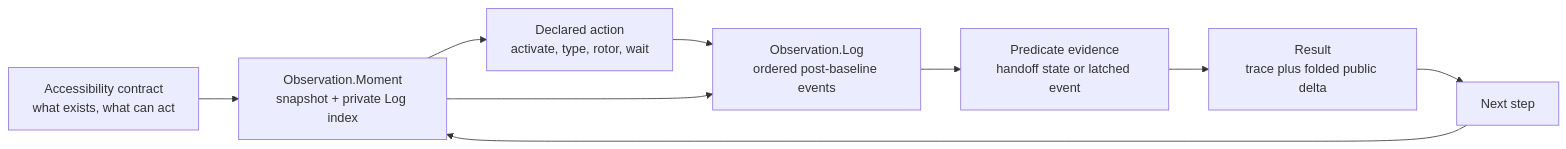
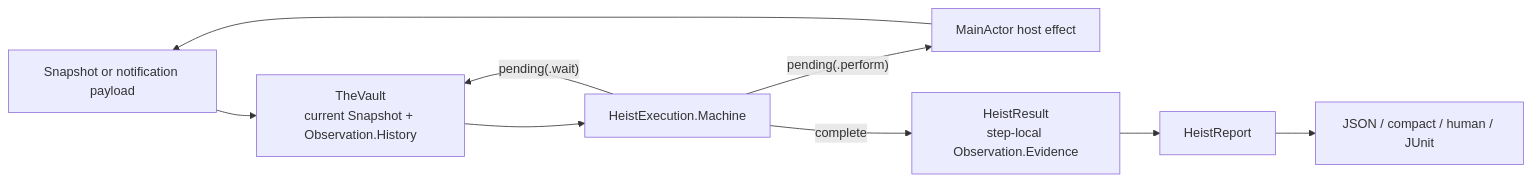
The diagram in docs/ACCESSIBILITY-CONTRACT.md (RoyalPineapple/TheButtonHeist), drawn with Mermaid before and after one commit. The commit also changed other lines of this file and 326 other files, not shown here.

Commit message:
Complete canonical observation execution migration

````diff
--- a/docs/ACCESSIBILITY-CONTRACT.md
+++ b/docs/ACCESSIBILITY-CONTRACT.md
@@ -48,19 +37,19 @@
 ```mermaid
 flowchart LR
-    Contract["Accessibility contract<br/>what exists, what can act"]
-    Before["Observation.Moment<br/>snapshot + private Log index"]
-    Action["Declared action<br/>activate, type, rotor, wait"]
-    After["Observation.Log<br/>ordered post-baseline events"]
-    Evidence["Predicate evidence<br/>handoff state or latched event"]
-    Result["Result<br/>trace plus folded public delta"]
-    Next["Next step"]
+    Input["Snapshot or notification payload"]
+    Vault["TheVault<br/>current Snapshot + Observation.History"]
+    Machine["HeistExecution.Machine"]
+    Effect["MainActor host effect"]
+    Result["HeistResult<br/>step-local Observation.Evidence"]
+    Report["HeistReport"]
+    Render["JSON / compact / human / JUnit"]
 
-    Contract --> Before
-    Before --> Action
-    Action --> After
-    Before --> After
-    After --> Evidence
-    Evidence --> Result
-    Result --> Next
-    Next --> Before
+    Input --> Vault
+    Vault --> Machine
+    Machine -->|"pending(.perform)"| Effect
+    Effect --> Input
+    Machine -->|"pending(.wait)"| Vault
+    Machine -->|"complete"| Result
+    Result --> Report
+    Report --> Render
 ```
````
